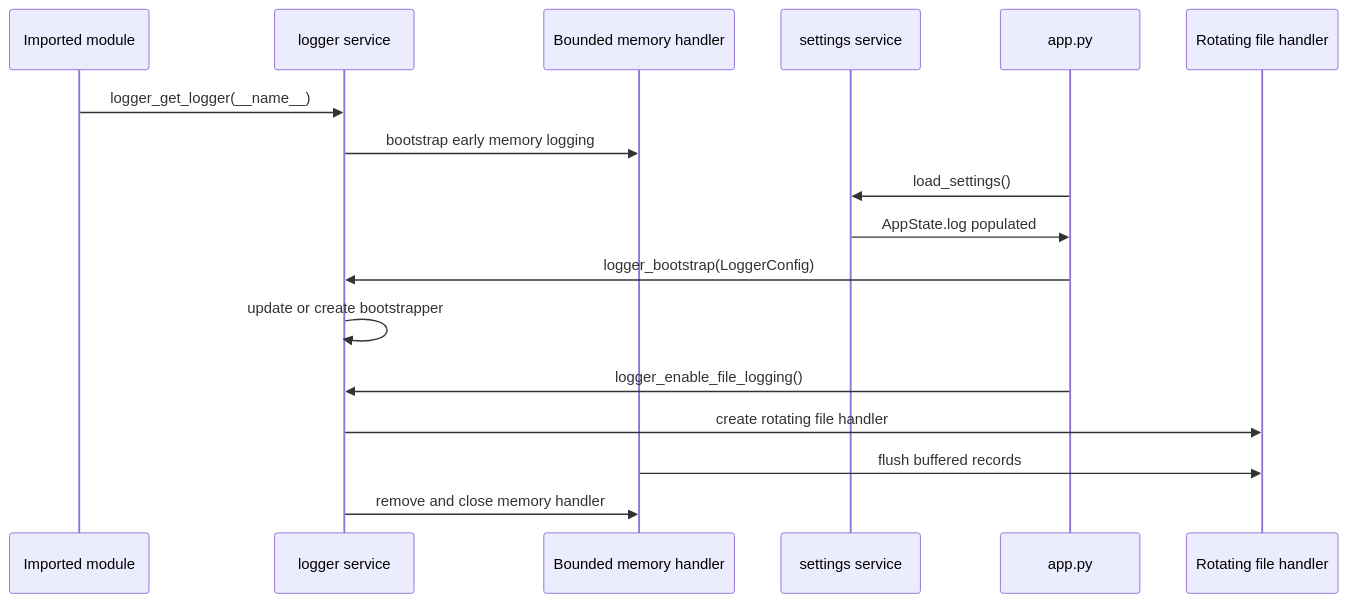
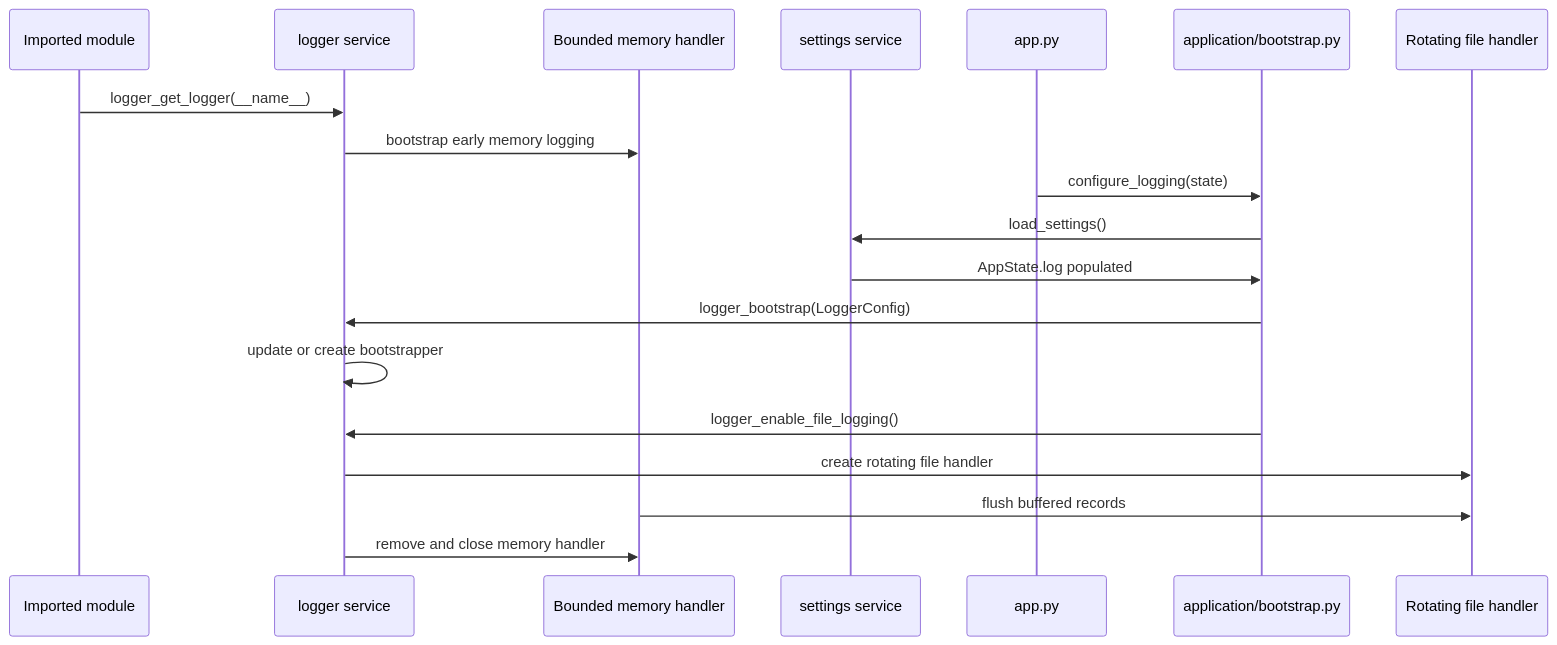
One commit to Fonze81/NiceGui-Windows-Base changed the second of 2 diagrams in docs/logging.md. Above: the diagram before and after it, drawn with Mermaid. The commit also changed other lines of this file and 17 other files, not shown here.

````diff
--- a/docs/logging.md
+++ b/docs/logging.md
@@ -97,20 +97,22 @@
 ```mermaid
 sequenceDiagram
     participant Module as Imported module
     participant Service as logger service
     participant Memory as Bounded memory handler
     participant Settings as settings service
     participant App as app.py
+    participant Bootstrap as application/bootstrap.py
     participant File as Rotating file handler
 
     Module->>Service: logger_get_logger(__name__)
     Service->>Memory: bootstrap early memory logging
-    App->>Settings: load_settings()
-    Settings->>App: AppState.log populated
-    App->>Service: logger_bootstrap(LoggerConfig)
+    App->>Bootstrap: configure_logging(state)
+    Bootstrap->>Settings: load_settings()
+    Settings->>Bootstrap: AppState.log populated
+    Bootstrap->>Service: logger_bootstrap(LoggerConfig)
     Service->>Service: update or create bootstrapper
-    App->>Service: logger_enable_file_logging()
+    Bootstrap->>Service: logger_enable_file_logging()
     Service->>File: create rotating file handler
     Memory->>File: flush buffered records
     Service->>Memory: remove and close memory handler
 ```
````
